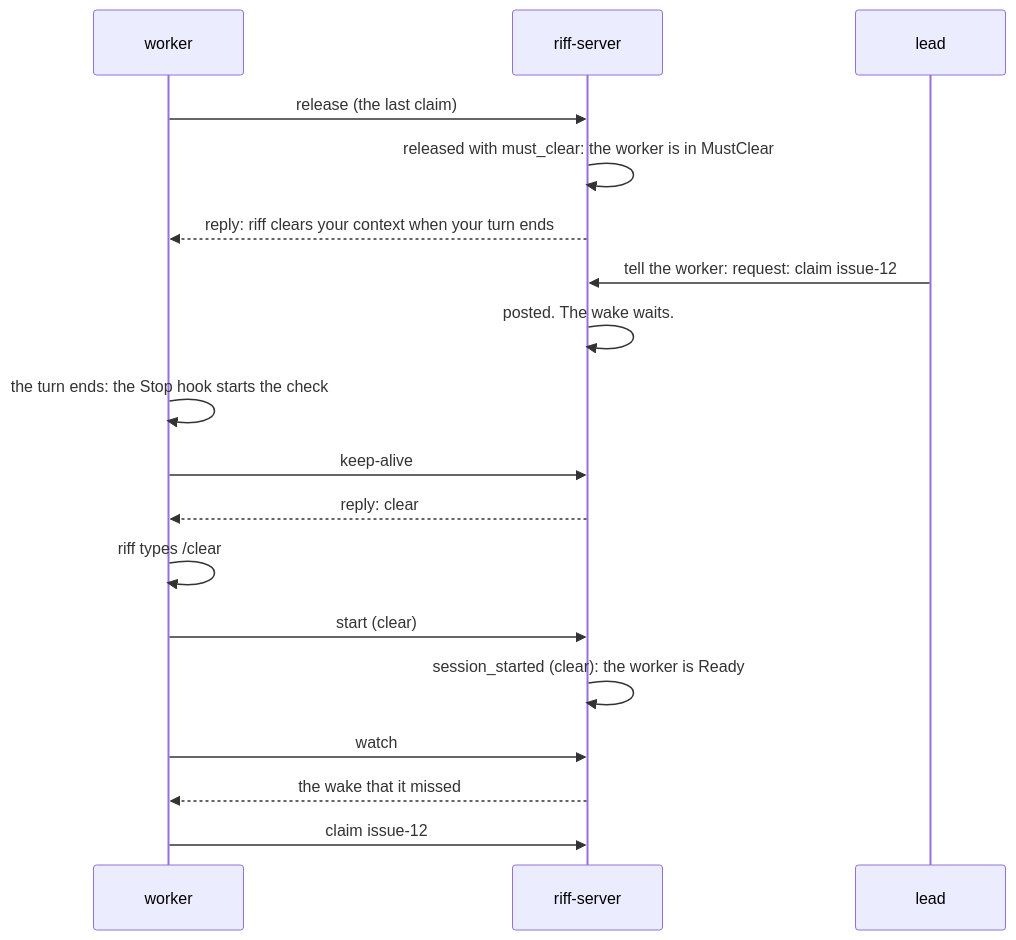
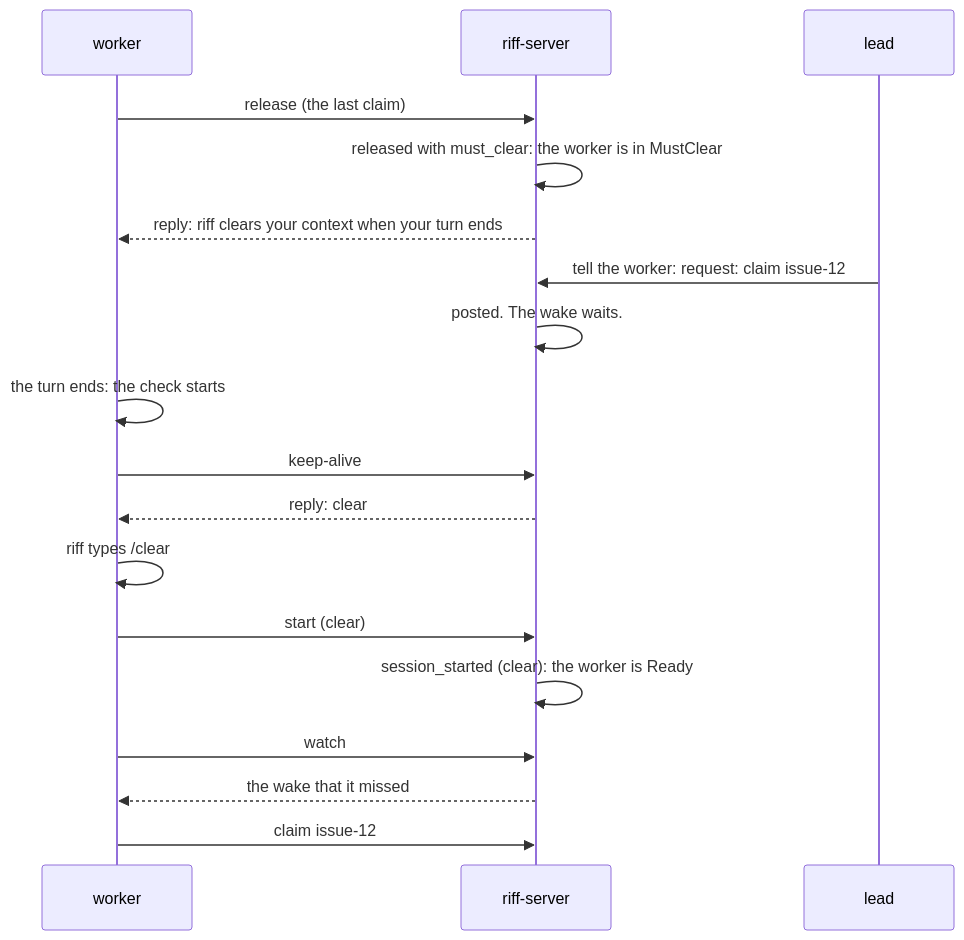
Before and after one commit to como-technologies/riff: the fifth of 7 diagrams in docs/src/design-engine.md, drawn with Mermaid. The commit also changed other lines of this file and 94 other files, not shown here.

````diff
--- a/docs/src/design-engine.md
+++ b/docs/src/design-engine.md
@@ -607,20 +607,20 @@
 ```mermaid
 sequenceDiagram
     participant W as worker
     participant S as riff-server
     participant L as lead
     W->>S: release (the last claim)
     S->>S: released with must_clear: the worker is in MustClear
     S-->>W: reply: riff clears your context when your turn ends
     L->>S: tell the worker: request: claim issue-12
     S->>S: posted. The wake waits.
-    W->>W: the turn ends: the Stop hook starts the check
+    W->>W: the turn ends: the check starts
     W->>S: keep-alive
     S-->>W: reply: clear
     W->>W: riff types /clear
     W->>S: start (clear)
     S->>S: session_started (clear): the worker is Ready
     W->>S: watch
     S-->>W: the wake that it missed
     W->>S: claim issue-12
 ```
````
